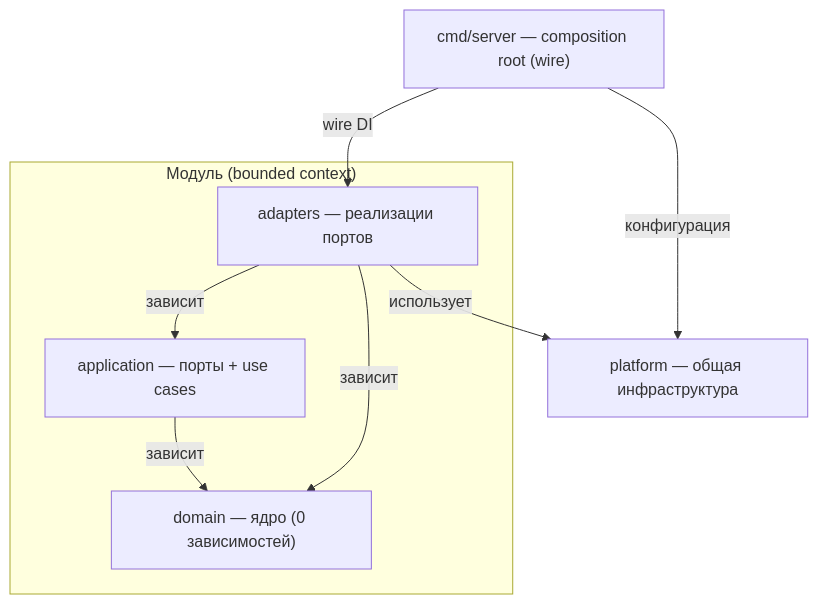
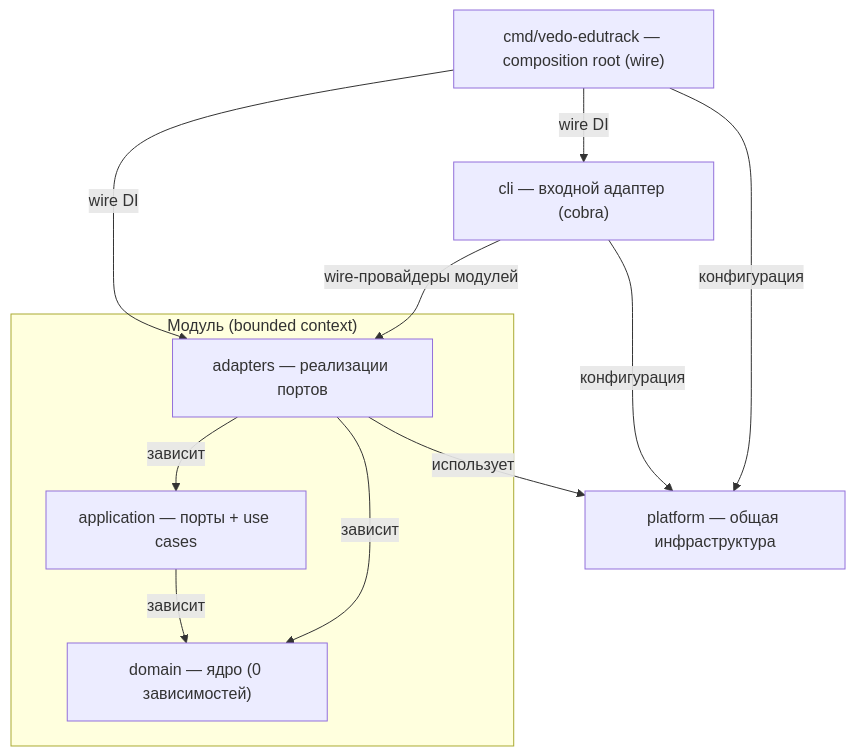
One commit to n-marusov/vedo-edutrack changed the diagram in specs/adr/ADR-IMPL.PROCESS.repository-structure.md. Above: the diagram before and after it, drawn with Mermaid. The commit also changed other lines of this file and 14 other files, not shown here.

````diff
--- a/specs/adr/ADR-IMPL.PROCESS.repository-structure.md
+++ b/specs/adr/ADR-IMPL.PROCESS.repository-structure.md
@@ -60,16 +61,20 @@
 ```mermaid
 flowchart TD
     subgraph MOD["Модуль (bounded context)"]
         D["domain — ядро (0 зависимостей)"]
         A["application — порты + use cases"]
         AD["adapters — реализации портов"]
         A -->|"зависит"| D
         AD -->|"зависит"| A
         AD -->|"зависит"| D
     end
     P["platform — общая инфраструктура"]
-    CMD["cmd/server — composition root (wire)"]
+    CLI["cli — входной адаптер (cobra)"]
+    CMD["cmd/vedo-edutrack — composition root (wire)"]
     AD -->|"использует"| P
+    CLI -->|"wire-провайдеры модулей"| AD
+    CLI -->|"конфигурация"| P
     CMD -->|"wire DI"| AD
+    CMD -->|"wire DI"| CLI
     CMD -->|"конфигурация"| P
 ```
````
